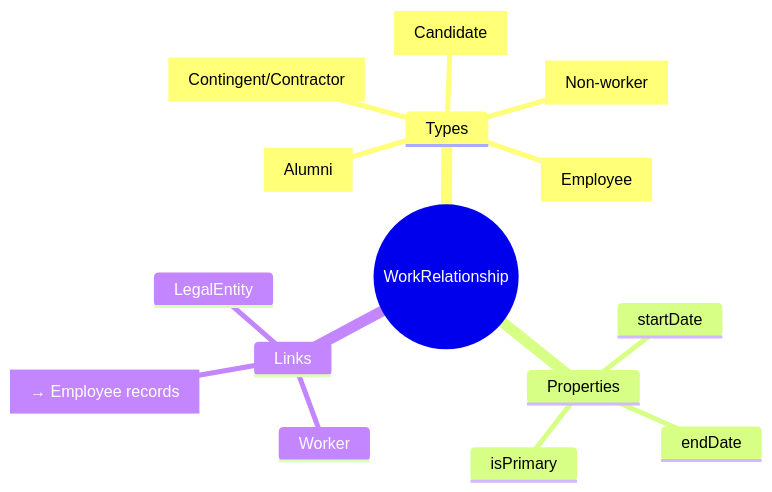
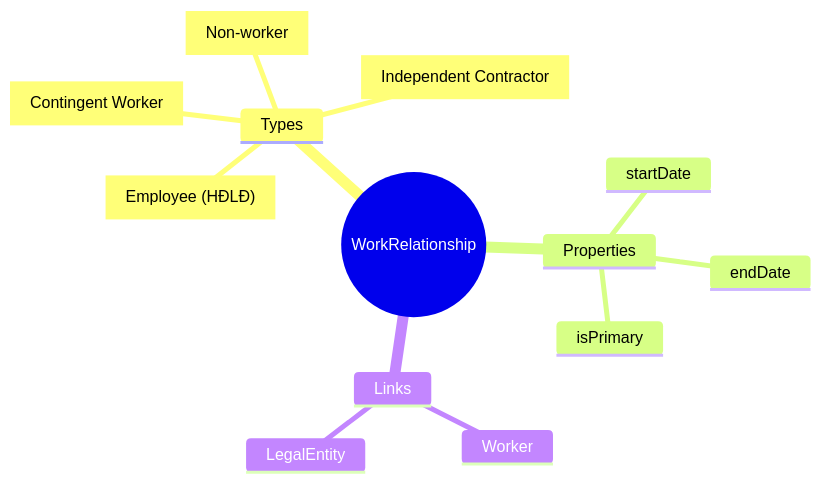
The first of 3 diagrams in docs/01-modules/CO/00-ontology/domain/work-relationship/work-relationship.onto.md (a4b-corporation/xTalent), drawn with Mermaid before and after one commit. The commit also changed other lines of this file, not shown here.

````diff
--- a/docs/01-modules/CO/00-ontology/domain/work-relationship/work-relationship.onto.md
+++ b/docs/01-modules/CO/00-ontology/domain/work-relationship/work-relationship.onto.md
@@ -150,18 +146,16 @@
 ```mermaid
 mindmap
   root((WorkRelationship))
     Types
-      EMPLOYEE["Employee"]
-      CONTINGENT["Contingent/Contractor"]
-      CANDIDATE["Candidate"]
-      ALUMNUS["Alumni"]
-      NONWORKER["Non-worker"]
+      EMPLOYEE["Employee (HĐLĐ)"]
+      CONTINGENT["Contingent Worker"]
+      CONTRACTOR["Independent Contractor"]
+      NON_WORKER["Non-worker"]
     Properties
       startDate
       endDate
       isPrimary
     Links
       Worker
       LegalEntity
-      Employee["→ Employee records"]
 ```
````
